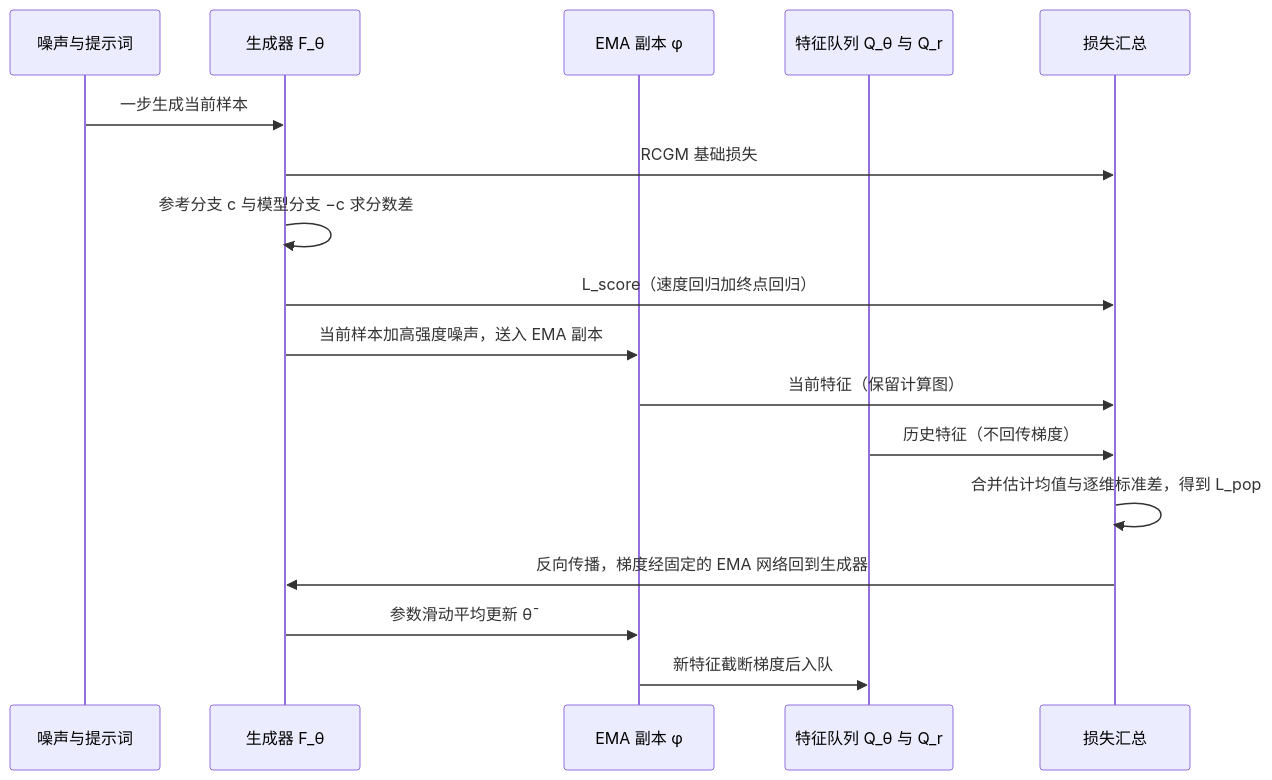
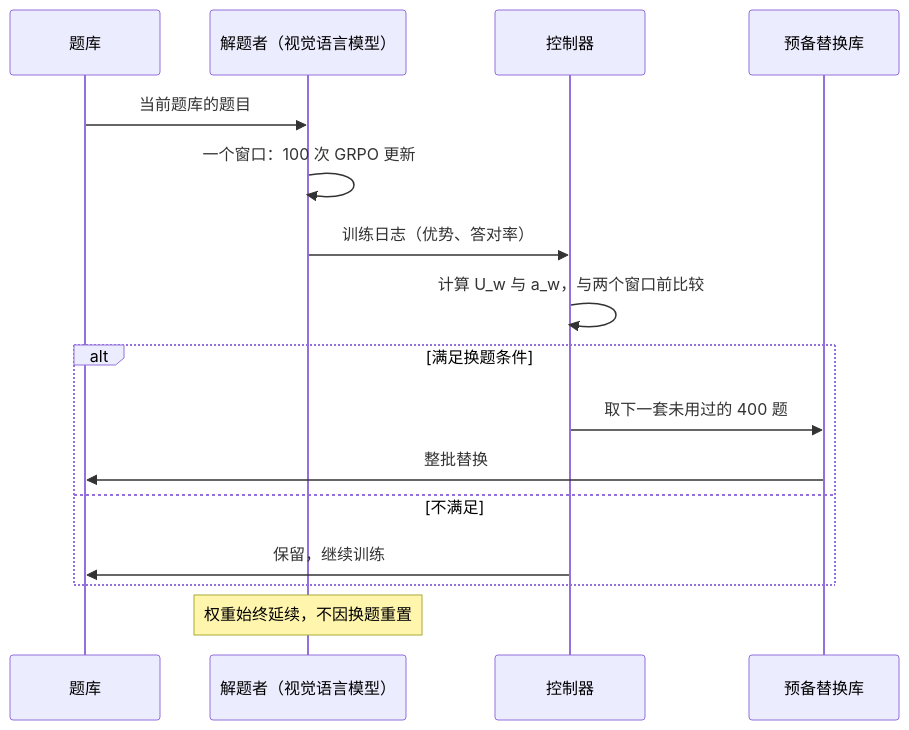
The fourth of 6 diagrams in docs/index.md (yingwang/paper-reads), drawn with Mermaid before and after one commit. The commit also changed other lines of this file and 2 other files, not shown here.

````diff
--- a/docs/index.md
+++ b/docs/index.md
@@ -281,19 +199,18 @@
 ```mermaid
 sequenceDiagram
-    participant Z as 噪声与提示词
-    participant G as 生成器 F_θ
-    participant E as EMA 副本 φ
-    participant Q as 特征队列 Q_θ 与 Q_r
-    participant L as 损失汇总
-    Z->>G: 一步生成当前样本
-    G->>L: RCGM 基础损失
-    G->>G: 参考分支 c 与模型分支 −c 求分数差
-    G->>L: L_score（速度回归加终点回归）
-    G->>E: 当前样本加高强度噪声，送入 EMA 副本
-    E->>L: 当前特征（保留计算图）
-    Q->>L: 历史特征（不回传梯度）
-    L->>L: 合并估计均值与逐维标准差，得到 L_pop
-    L->>G: 反向传播，梯度经固定的 EMA 网络回到生成器
-    G->>E: 参数滑动平均更新 θ̄
-    E->>Q: 新特征截断梯度后入队
+    participant P as 题库
+    participant S as 解题者（视觉语言模型）
+    participant C as 控制器
+    participant R as 预备替换库
+    P->>S: 当前题库的题目
+    S->>S: 一个窗口：100 次 GRPO 更新
+    S->>C: 训练日志（优势、答对率）
+    C->>C: 计算 U_w 与 a_w，与两个窗口前比较
+    alt 满足换题条件
+        C->>R: 取下一套未用过的 400 题
+        R->>P: 整批替换
+    else 不满足
+        C->>P: 保留，继续训练
+    end
+    Note over S: 权重始终延续，不因换题重置
 ```
````
